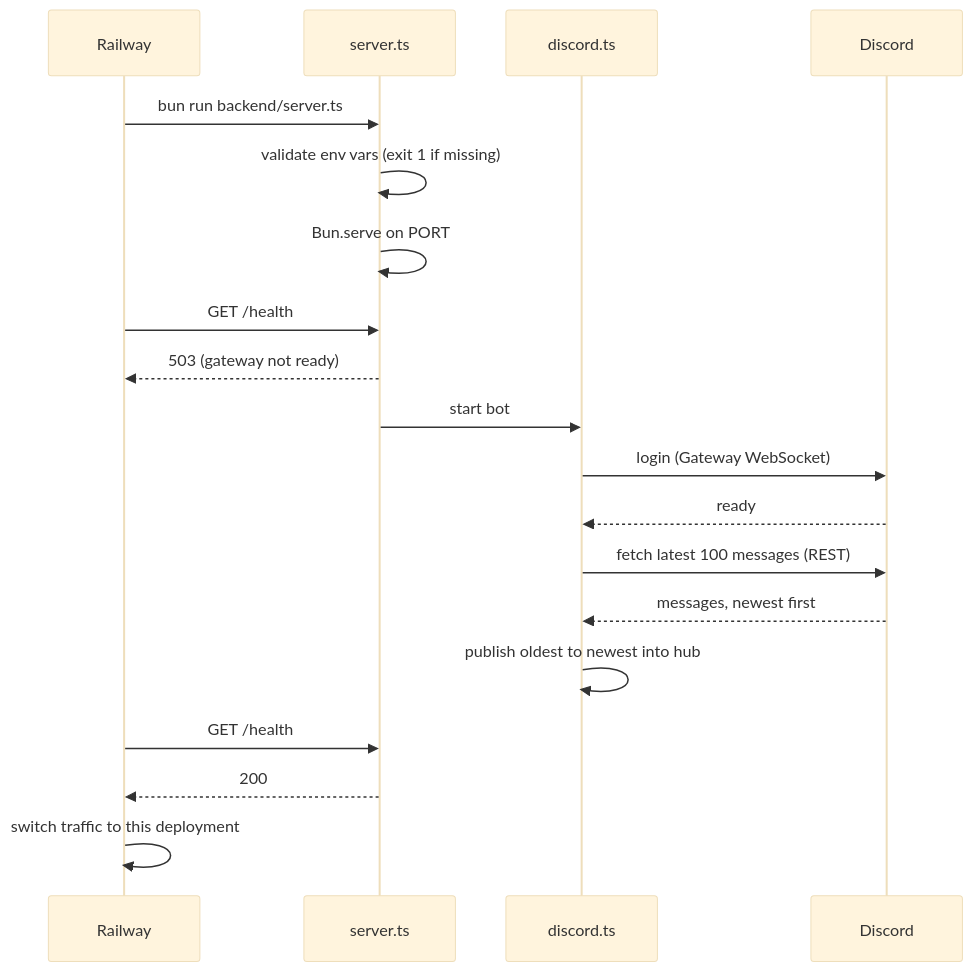
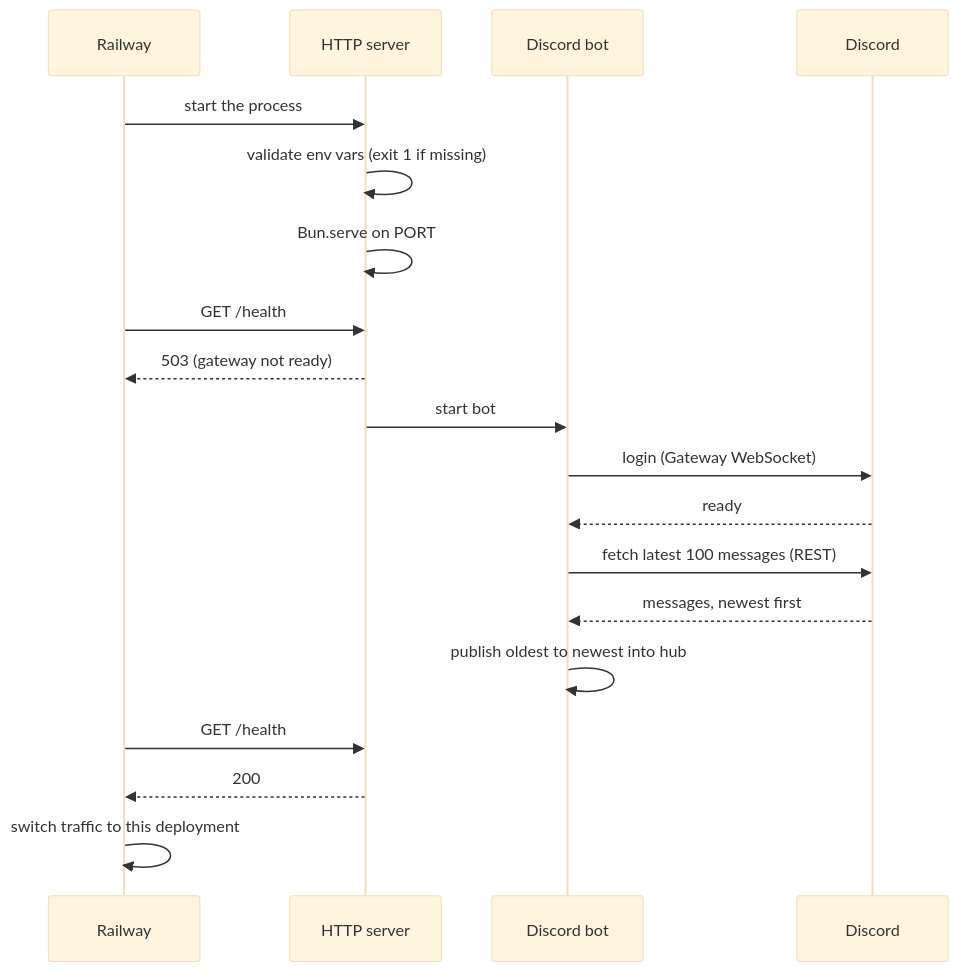
Before and after one commit to AmitKulkarni23/discord-relay: the second of 5 diagrams in docs/system-specs/architecture.md, drawn with Mermaid (base theme). The commit also changed other lines of this file and 3 other files, not shown here.

Commit message:
Move the Discord bot to backend/sources and wire dependencies in server.ts. Diagrams use component names instead of filenames.

````diff
--- a/docs/system-specs/architecture.md
+++ b/docs/system-specs/architecture.md
@@ -35,21 +41,21 @@
 ```mermaid
 sequenceDiagram
   participant R as Railway
-  participant S as server.ts
-  participant B as discord.ts
+  participant S as HTTP server
+  participant B as Discord bot
   participant D as Discord
-  R->>S: bun run backend/server.ts
+  R->>S: start the process
   S->>S: validate env vars (exit 1 if missing)
   S->>S: Bun.serve on PORT
   R->>S: GET /health
   S-->>R: 503 (gateway not ready)
   S->>B: start bot
   B->>D: login (Gateway WebSocket)
   D-->>B: ready
   B->>D: fetch latest 100 messages (REST)
   D-->>B: messages, newest first
   B->>B: publish oldest to newest into hub
   R->>S: GET /health
   S-->>R: 200
   R->>R: switch traffic to this deployment
 ```
````
